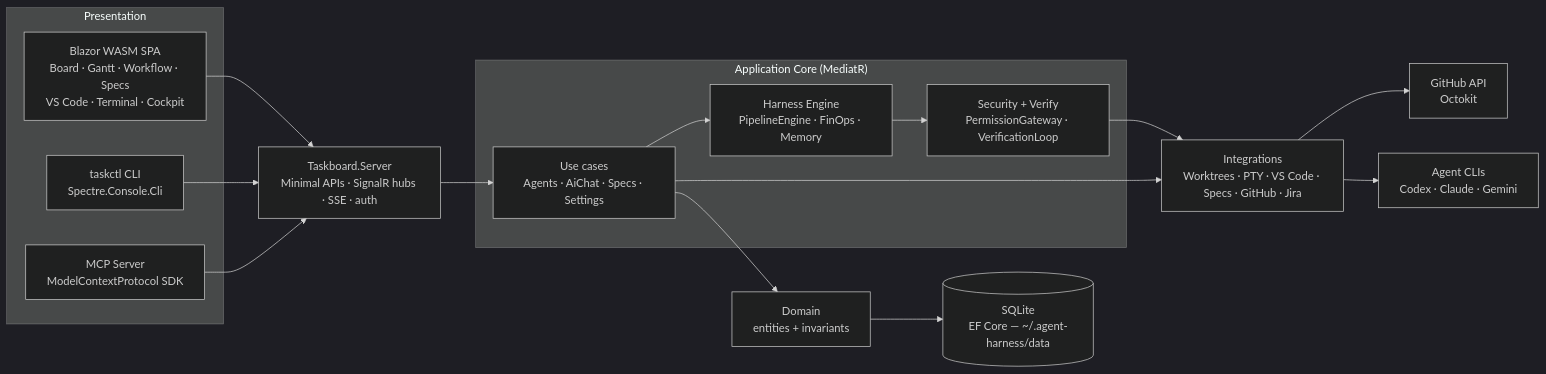
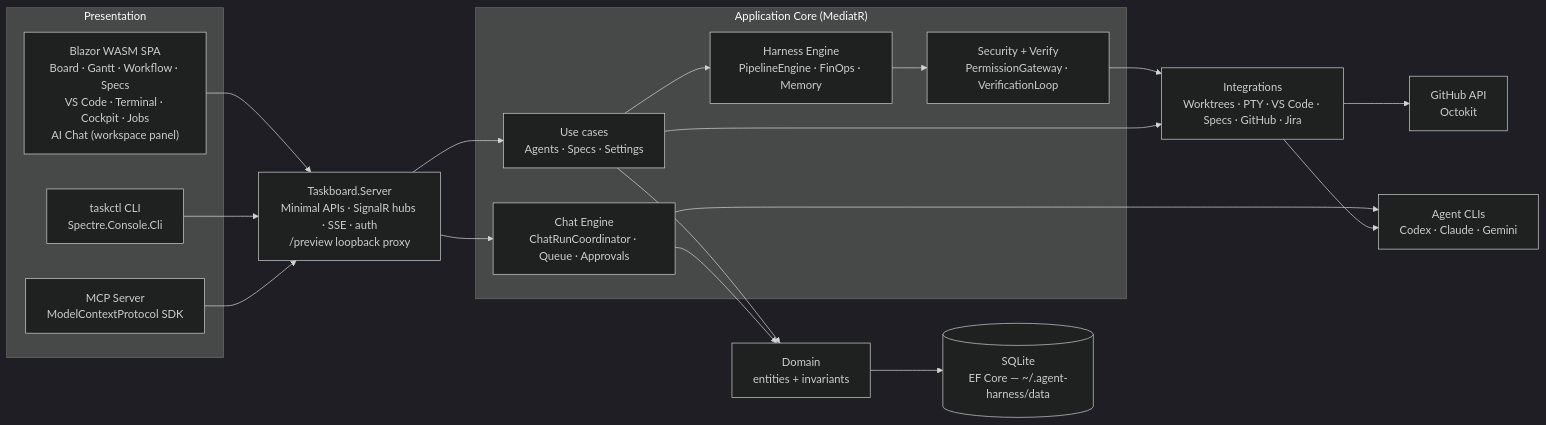
The first of 3 diagrams in docs/architecture/architecture.md (afonsoft/agent-harness), drawn with Mermaid (dark theme) before and after one commit. The commit also changed other lines of this file and 2 other files, not shown here.

First line of the commit message:
docs(architecture): refresh architecture doc + diagram for chat subsystem

````diff
--- a/docs/architecture/architecture.md
+++ b/docs/architecture/architecture.md
@@ -9,32 +9,36 @@
 ```mermaid
 flowchart LR
     subgraph Entry["Presentation"]
-        UI["Blazor WASM SPA<br/>Board · Gantt · Workflow · Specs<br/>VS Code · Terminal · Cockpit"]
+        UI["Blazor WASM SPA<br/>Board · Gantt · Workflow · Specs<br/>VS Code · Terminal · Cockpit · Jobs<br/>AI Chat (workspace panel)"]
         CLI["taskctl CLI<br/>Spectre.Console.Cli"]
         MCP["MCP Server<br/>ModelContextProtocol SDK"]
     end
 
-    SRV["Taskboard.Server<br/>Minimal APIs · SignalR hubs · SSE · auth"]
+    SRV["Taskboard.Server<br/>Minimal APIs · SignalR hubs · SSE · auth<br/>/preview loopback proxy"]
 
     subgraph Core["Application Core (MediatR)"]
-        APP["Use cases<br/>Agents · AiChat · Specs · Settings"]
+        APP["Use cases<br/>Agents · Specs · Settings"]
+        CHAT["Chat Engine<br/>ChatRunCoordinator · Queue · Approvals"]
         HAR["Harness Engine<br/>PipelineEngine · FinOps · Memory"]
         SEC["Security + Verify<br/>PermissionGateway · VerificationLoop"]
     end
 
     DOM["Domain<br/>entities + invariants"]
     DB[("SQLite<br/>EF Core — ~/.agent-harness/data")]
     INT["Integrations<br/>Worktrees · PTY · VS Code · Specs · GitHub · Jira"]
     GH["GitHub API<br/>Octokit"]
     AGT["Agent CLIs<br/>Codex · Claude · Gemini"]
 
     UI --> SRV
     CLI --> SRV
     MCP --> SRV
     SRV --> APP
+    SRV --> CHAT
     APP --> HAR --> SEC --> INT
     APP --> DOM --> DB
     APP --> INT
+    CHAT --> DOM
+    CHAT --> AGT
     INT --> GH
     INT --> AGT
 ```
````
